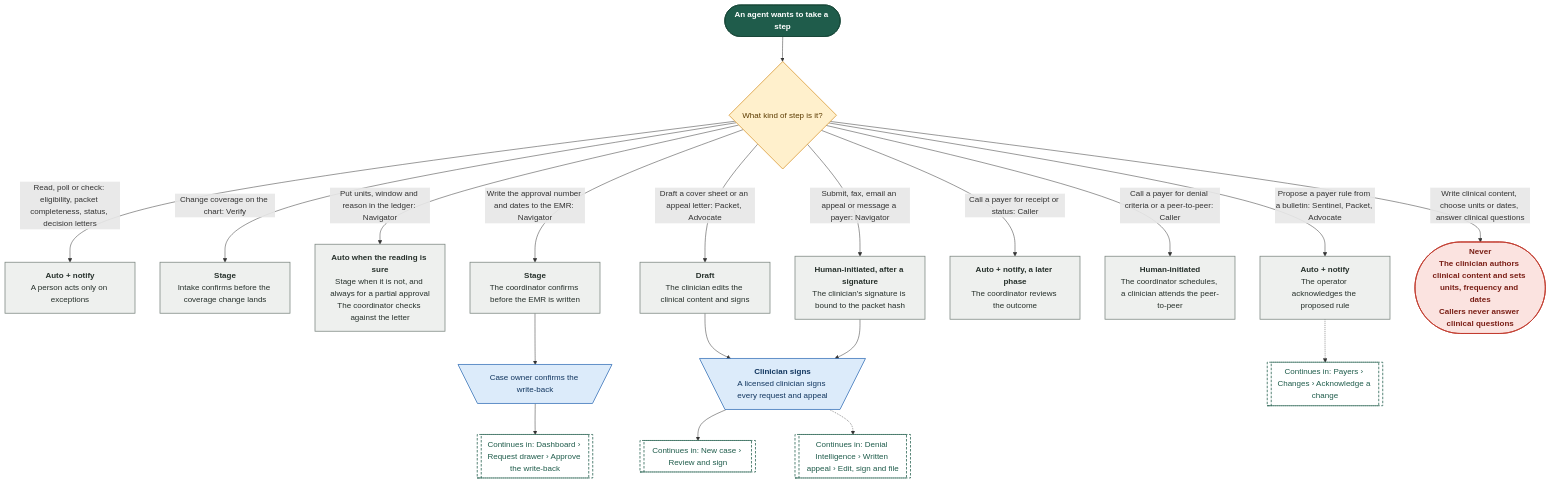
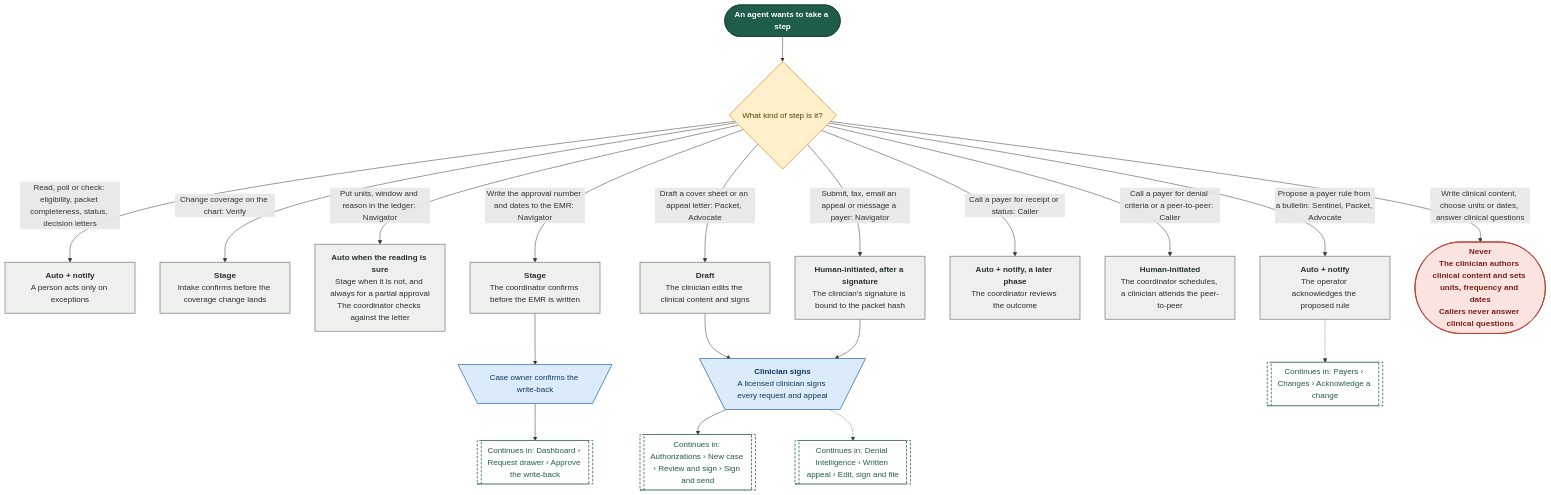
The fourth of 10 diagrams in demos/prior-auth-demo/workflows/out/md/11-settings.md (Shrav143/psyfloapp), drawn with Mermaid before and after one commit. The commit also changed other lines of this file and 195 other files, not shown here.

First line of the commit message:
docs: Rebuild workflow diagrams after the demo fixes (220 diagrams)

````diff
--- a/demos/prior-auth-demo/workflows/out/md/11-settings.md
+++ b/demos/prior-auth-demo/workflows/out/md/11-settings.md
@@ -269,62 +276,62 @@
 ```mermaid
 %%{init: {"theme":"base","themeVariables":{"fontFamily":"'DM Sans', 'Segoe UI', system-ui, sans-serif","fontSize":"15px","lineColor":"#5B6B63","primaryTextColor":"#1C2B25","clusterBkg":"#FBF8F3","clusterBorder":"#D9CDBB","edgeLabelBackground":"#FFFFFF"},"flowchart":{"curve":"basis","nodeSpacing":36,"rankSpacing":48,"padding":12,"htmlLabels":true,"useMaxWidth":false,"wrappingWidth":230}} }%%
 flowchart TD
   classDef k_start fill:#1F5C4B,stroke:#174638,color:#FFFFFF,stroke-width:1.5px,font-weight:600
   classDef k_end fill:#DDEFE3,stroke:#2E7D4F,color:#14502F,stroke-width:1.5px,font-weight:600
   classDef k_endx fill:#FBE3E0,stroke:#C0392B,color:#7A1F16,stroke-width:1.5px,font-weight:600
   classDef k_screen fill:#FFFDF8,stroke:#1F5C4B,color:#1C2B25,stroke-width:2px
   classDef k_overlay fill:#F1F7F3,stroke:#1F5C4B,color:#1C2B25,stroke-width:2px,stroke-dasharray:5 3
   classDef k_click fill:#DCEBFA,stroke:#2F6DB5,color:#12365F,stroke-width:1.5px
   classDef k_input fill:#E4E7FF,stroke:#4C5FD5,color:#1D2670,stroke-width:1.5px
   classDef k_process fill:#EEF0EE,stroke:#7A857F,color:#26302B,stroke-width:1.5px
   classDef k_agent fill:#EEE5FA,stroke:#7A4FC2,color:#341A63,stroke-width:1.5px
   classDef k_decision fill:#FFF0CC,stroke:#D9962B,color:#5C3B00,stroke-width:1.5px
   classDef k_store fill:#D5F0EA,stroke:#1C8E7B,color:#0B4A3F,stroke-width:1.5px
   classDef k_doc fill:#F6E9DC,stroke:#B07A4C,color:#4A2E14,stroke-width:1.5px
   classDef k_ext fill:#FFE6D2,stroke:#E07B39,color:#6B2F06,stroke-width:1.5px
   classDef k_wait fill:#E4E8EE,stroke:#6B7C93,color:#26303D,stroke-width:1.5px
   classDef k_toast fill:#FFF9DB,stroke:#C9A400,color:#5A4A00,stroke-width:1.5px
   classDef k_goto fill:#FFFFFF,stroke:#1F5C4B,color:#1F5C4B,stroke-width:1.5px,stroke-dasharray:5 3
   s1@{ shape: stadium, label: "An agent wants to take a step" }
   q1@{ shape: diam, label: "What kind of step is it?" }
   a1@{ shape: rect, label: "<b>Auto + notify</b><br/>A person acts only on exceptions" }
   a2@{ shape: rect, label: "<b>Stage</b><br/>Intake confirms before the coverage change lands" }
   a3@{ shape: rect, label: "<b>Auto when the reading is sure</b><br/>Stage when it is not, and always for a partial approval<br/>The coordinator checks against the letter" }
   a4@{ shape: rect, label: "<b>Stage</b><br/>The coordinator confirms before the EMR is written" }
   a5@{ shape: rect, label: "<b>Draft</b><br/>The clinician edits the clinical content and signs" }
   a6@{ shape: rect, label: "<b>Human-initiated, after a signature</b><br/>The clinician's signature is bound to the packet hash" }
   a7@{ shape: rect, label: "<b>Auto + notify, a later phase</b><br/>The coordinator reviews the outcome" }
   a8@{ shape: rect, label: "<b>Human-initiated</b><br/>The coordinator schedules, a clinician attends the peer-to-peer" }
   a9@{ shape: rect, label: "<b>Auto + notify</b><br/>The operator acknowledges the proposed rule" }
   x1@{ shape: stadium, label: "<b>Never</b><br/>The clinician authors clinical content and sets units, frequency and dates<br/>Callers never answer clinical questions" }
   h1@{ shape: trap-t, label: "<b>Clinician signs</b><br/>A licensed clinician signs every request and appeal" }
   h2@{ shape: trap-t, label: "Case owner confirms the write-back" }
-  g1@{ shape: subproc, label: "Continues in: New case › Review and sign" }
+  g1@{ shape: subproc, label: "Continues in: Authorizations › New case › Review and sign › Sign and send" }
   g2@{ shape: subproc, label: "Continues in: Dashboard › Request drawer › Approve the write-back" }
   g3@{ shape: subproc, label: "Continues in: Payers › Changes › Acknowledge a change" }
   g4@{ shape: subproc, label: "Continues in: Denial Intelligence › Written appeal › Edit, sign and file" }
   s1 --> q1
   q1 -->|"Read, poll or check: eligibility, packet completeness, status, decision letters"| a1
   q1 -->|"Change coverage on the chart: Verify"| a2
   q1 -->|"Put units, window and reason in the ledger: Navigator"| a3
   q1 -->|"Write the approval number and dates to the EMR: Navigator"| a4
   q1 -->|"Draft a cover sheet or an appeal letter: Packet, Advocate"| a5
   q1 -->|"Submit, fax, email an appeal or message a payer: Navigator"| a6
   q1 -->|"Call a payer for receipt or status: Caller"| a7
   q1 -->|"Call a payer for denial criteria or a peer-to-peer: Caller"| a8
   q1 -->|"Propose a payer rule from a bulletin: Sentinel, Packet, Advocate"| a9
   q1 -->|"Write clinical content, choose units or dates, answer clinical questions"| x1
   a5 --> h1
   a6 --> h1
   a4 --> h2
   h1 --> g1
   h1 -.-> g4
   h2 --> g2
   a9 -.-> g3
   class s1 k_start
   class q1 k_decision
   class a1,a2,a3,a4,a5,a6,a7,a8,a9 k_process
   class x1 k_endx
   class h1,h2 k_click
   class g1,g2,g3,g4 k_goto
 ```
````
